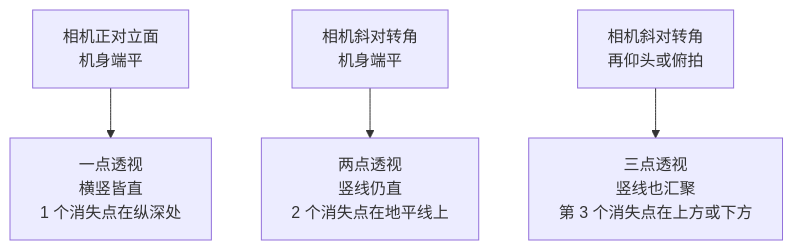
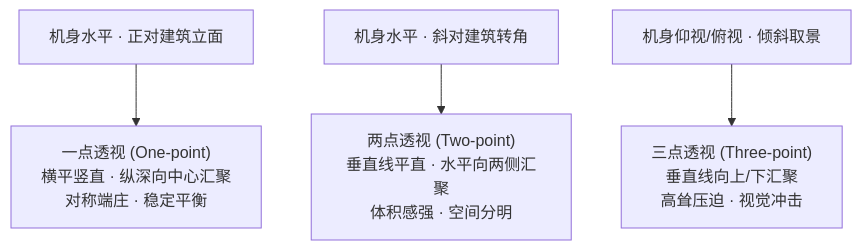
Before and after one commit to yingwang/photography-book: the diagram in docs/10-architecture.md, drawn with Mermaid. The commit also changed other lines of this file and 16 other files, not shown here.

````diff
--- a/docs/10-architecture.md
+++ b/docs/10-architecture.md
@@ -47,6 +61,6 @@
 ```mermaid
 graph TD
-  A["相机正对立面<br/>机身端平"] --> A1["一点透视<br/>横竖皆直<br/>1 个消失点在纵深处"]
-  B["相机斜对转角<br/>机身端平"] --> B1["两点透视<br/>竖线仍直<br/>2 个消失点在地平线上"]
-  C["相机斜对转角<br/>再仰头或俯拍"] --> C1["三点透视<br/>竖线也汇聚<br/>第 3 个消失点在上方或下方"]
+  A["机身水平 · 正对建筑立面"] --> A1["一点透视 (One-point)<br/>横平竖直 · 纵深向中心汇聚<br/>对称端庄 · 稳定平衡"]
+  B["机身水平 · 斜对建筑转角"] --> B1["两点透视 (Two-point)<br/>垂直线平直 · 水平向两侧汇聚<br/>体积感强 · 空间分明"]
+  C["机身仰视/俯视 · 倾斜取景"] --> C1["三点透视 (Three-point)<br/>垂直线向上/下汇聚<br/>高耸压迫 · 视觉冲击"]
 ```
````
